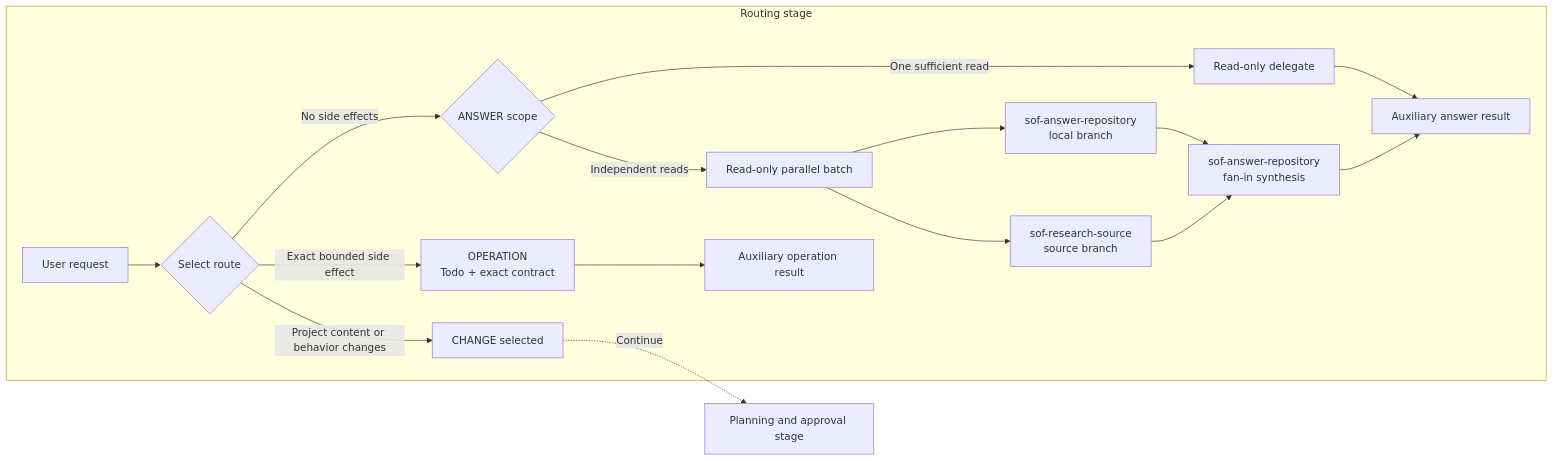
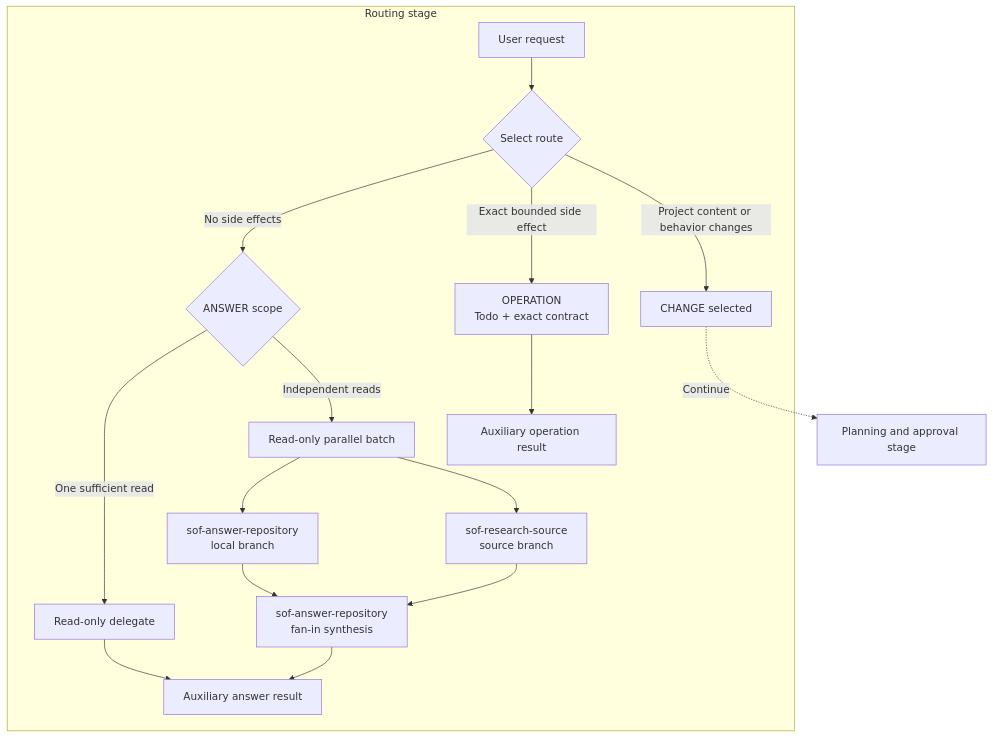
One commit to zhenyumi/simple-opencode-flow changed the first of 3 diagrams in README.md. Above: the diagram before and after it, drawn with Mermaid.

````diff
--- a/README.md
+++ b/README.md
@@ -71,19 +71,19 @@
 ```mermaid
-flowchart LR
+flowchart TD
     subgraph ROUTING["Routing stage"]
         U["User request"] --> R{"Select route"}
         R -- "No side effects" --> A{"ANSWER scope"}
         A -- "One sufficient read" --> AD["Read-only delegate"]
         A -- "Independent reads" --> PB["Read-only parallel batch"]
         PB --> L["sof-answer-repository<br/>local branch"]
         PB --> S["sof-research-source<br/>source branch"]
         L --> SYN["sof-answer-repository<br/>fan-in synthesis"]
         S --> SYN
         AD --> AR["Auxiliary answer result"]
         SYN --> AR
         R -- "Exact bounded side effect" --> O["OPERATION<br/>Todo + exact contract"]
         R -- "Project content or behavior changes" --> C["CHANGE selected"]
         O --> OR["Auxiliary operation result"]
     end
     C -. "Continue" .-> PS["Planning and approval stage"]
 ```
````
